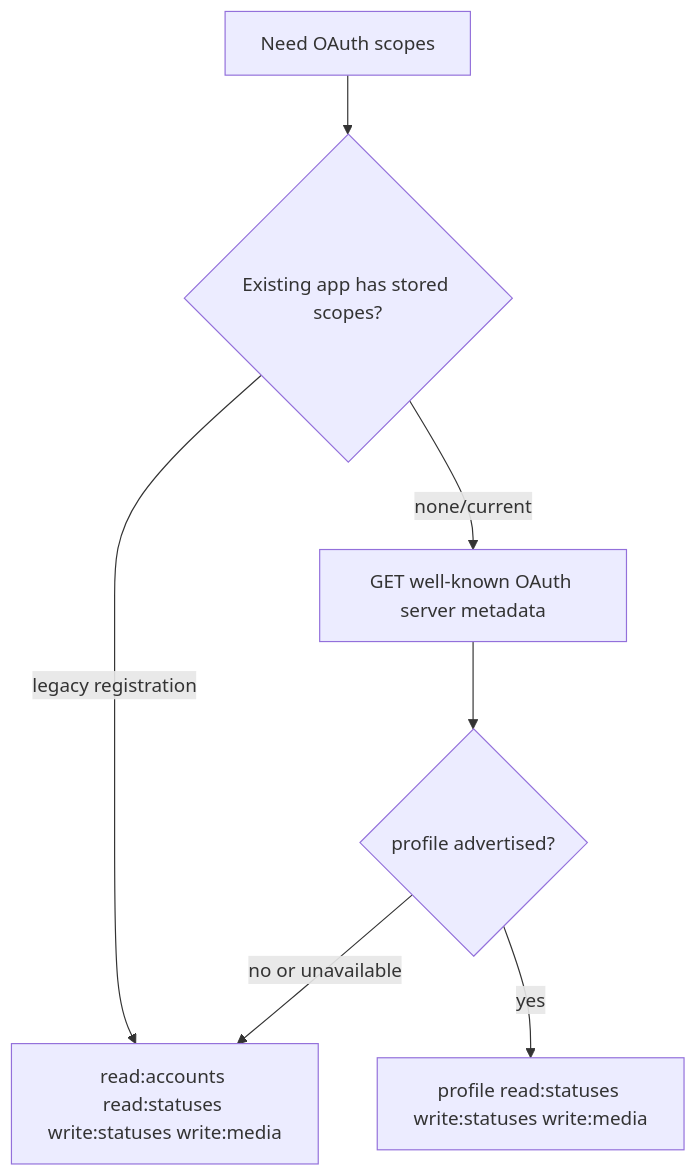
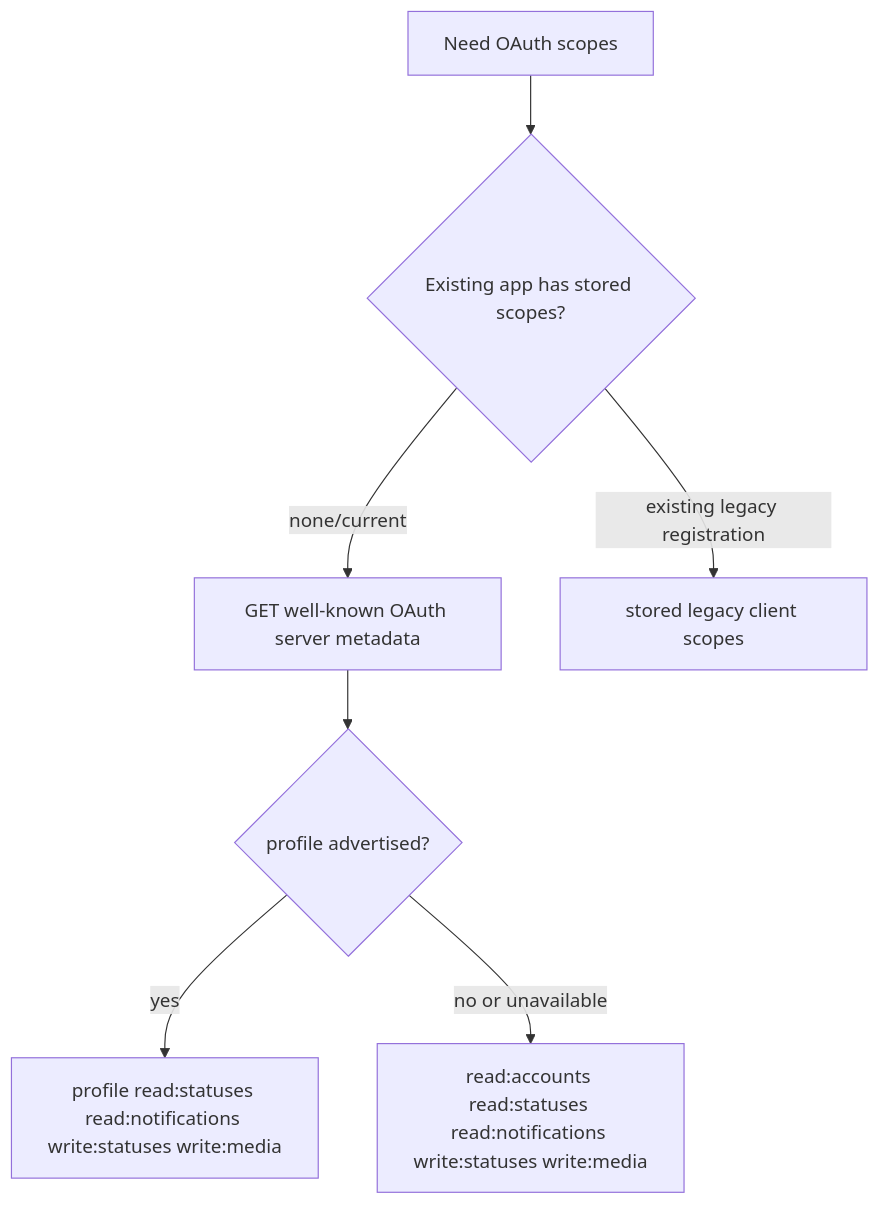
Before and after one commit to flatpressblog/flatpress: the first of 3 diagrams in fp-plugins/mastodon/developer-docs/04-API-Compatibility.md, drawn with Mermaid. The commit also changed other lines of this file and 25 other files, not shown here.

````diff
--- a/fp-plugins/mastodon/developer-docs/04-API-Compatibility.md
+++ b/fp-plugins/mastodon/developer-docs/04-API-Compatibility.md
@@ -89,16 +91,17 @@
 ```mermaid
 flowchart TD
     Start[Need OAuth scopes]
     Discovery[GET well-known OAuth server metadata]
     Profile{profile advertised?}
     Stored{Existing app has stored scopes?}
-    UseProfile[profile read:statuses write:statuses write:media]
-    UseLegacy[read:accounts read:statuses write:statuses write:media]
+    UseProfile[profile read:statuses read:notifications write:statuses write:media]
+    UseCompatible[read:accounts read:statuses read:notifications write:statuses write:media]
+    UseLegacy[stored legacy client scopes]
 
     Start --> Stored
-    Stored -- legacy registration --> UseLegacy
+    Stored -- existing legacy registration --> UseLegacy
     Stored -- none/current --> Discovery
     Discovery --> Profile
     Profile -- yes --> UseProfile
-    Profile -- no or unavailable --> UseLegacy
+    Profile -- no or unavailable --> UseCompatible
 ```
````
